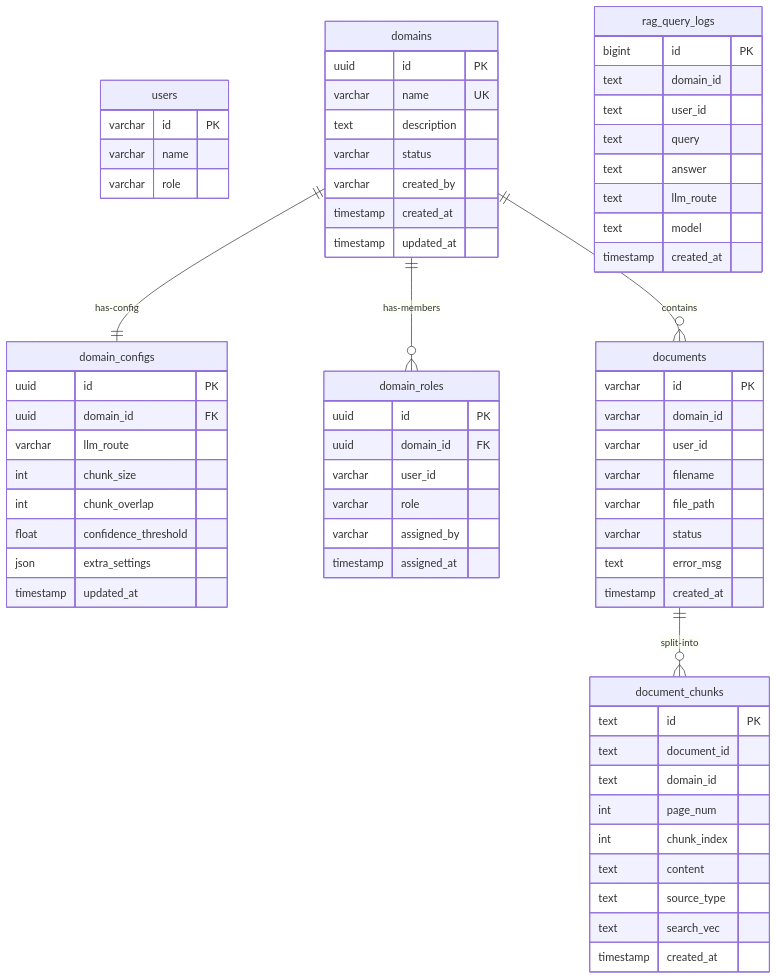
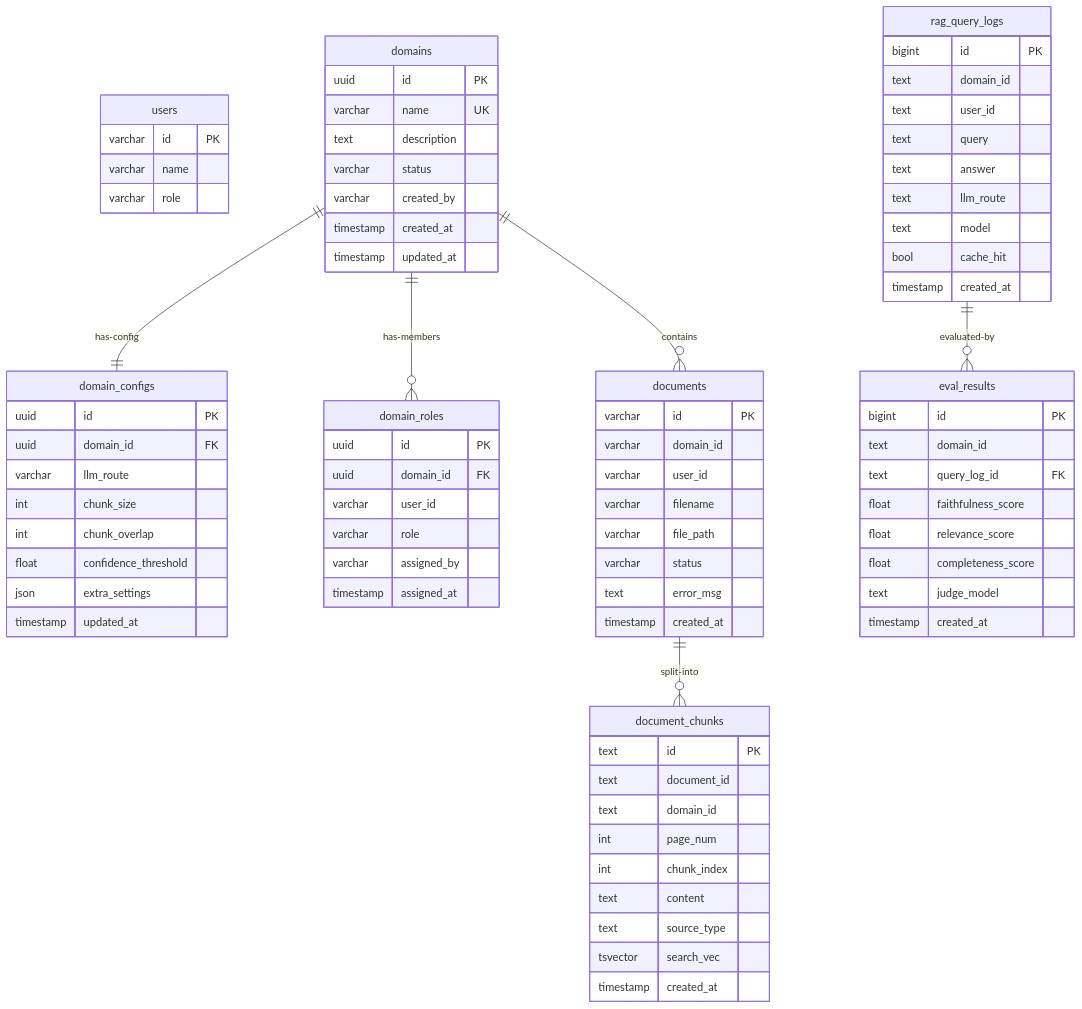
Before and after one commit to Kyrollo/Chatbot-Fixed-Solutions-Rag-System: the sixth of 10 diagrams in README.md, drawn with Mermaid. The commit also changed other lines of this file and 89 other files, not shown here.

````diff
--- a/README.md
+++ b/README.md
@@ -629,7 +600,7 @@
         int chunk_index
         text content
         text source_type
-        text search_vec
+        tsvector search_vec
         timestamp created_at
     }
 
@@ -641,6 +612,18 @@
         text answer
         text llm_route
         text model
+        bool cache_hit
+        timestamp created_at
+    }
+
+    eval_results {
+        bigint id PK
+        text domain_id
+        text query_log_id FK
+        float faithfulness_score
+        float relevance_score
+        float completeness_score
+        text judge_model
         timestamp created_at
     }
 
@@ -648,4 +631,5 @@
     domains ||--o{ domain_roles : "has-members"
     domains ||--o{ documents : "contains"
     documents ||--o{ document_chunks : "split-into"
+    rag_query_logs ||--o{ eval_results : "evaluated-by"
 ```
````
